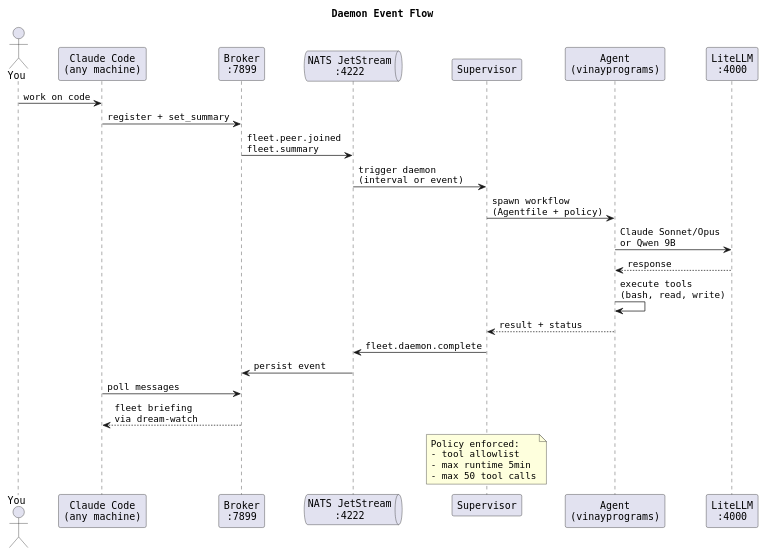
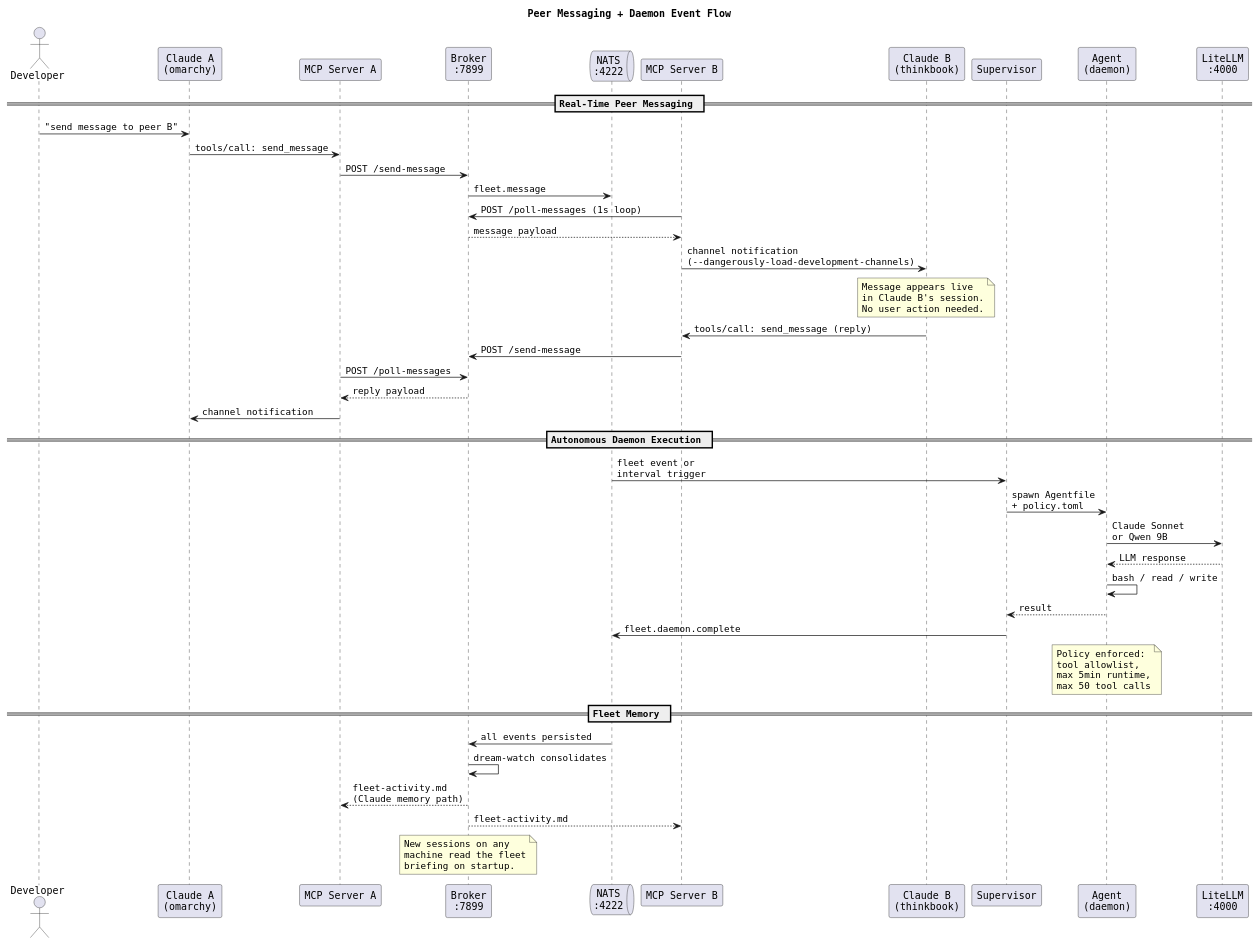
One commit to WillyV3/claude-peers changed the diagram in assets/daemon-flow.puml. Above: the diagram before and after it, drawn with PlantUML. The commit also changed 4 other files, not shown here.

First line of the commit message:
Complete README rewrite + updated diagrams

```diff
--- a/assets/daemon-flow.puml
+++ b/assets/daemon-flow.puml
@@ -1,39 +1,71 @@
 @startuml daemon-flow
 skinparam backgroundColor white
 skinparam defaultFontName monospaced
 skinparam shadowing false
 
-title Daemon Event Flow
+title Peer Messaging + Daemon Event Flow
 
-actor "You" as user
-participant "Claude Code\n(any machine)" as cc
+actor "Developer" as dev
+participant "Claude A\n(omarchy)" as ccA
+participant "MCP Server A" as mcpA
 participant "Broker\n:7899" as broker
-queue "NATS JetStream\n:4222" as nats
+queue "NATS\n:4222" as nats
+participant "MCP Server B" as mcpB
+participant "Claude B\n(thinkbook)" as ccB
 participant "Supervisor" as super
-participant "Agent\n(vinayprograms)" as agent
+participant "Agent\n(daemon)" as agent
 participant "LiteLLM\n:4000" as llm
 
-user -> cc : work on code
-cc -> broker : register + set_summary
-broker -> nats : fleet.peer.joined\nfleet.summary
+== Real-Time Peer Messaging ==
 
-nats -> super : trigger daemon\n(interval or event)
-super -> agent : spawn workflow\n(Agentfile + policy)
-agent -> llm : Claude Sonnet/Opus\nor Qwen 9B
-llm --> agent : response
-agent -> agent : execute tools\n(bash, read, write)
-agent --> super : result + status
+dev -> ccA : "send message to peer B"
+ccA -> mcpA : tools/call: send_message
+mcpA -> broker : POST /send-message
+broker -> nats : fleet.message
 
+mcpB -> broker : POST /poll-messages (1s loop)
+broker --> mcpB : message payload
+mcpB -> ccB : channel notification\n(--dangerously-load-development-channels)
+
+note over ccB
+  Message appears live
+  in Claude B's session.
+  No user action needed.
+end note
+
+ccB -> mcpB : tools/call: send_message (reply)
+mcpB -> broker : POST /send-message
+mcpA -> broker : POST /poll-messages
+broker --> mcpA : reply payload
+mcpA -> ccA : channel notification
+
+== Autonomous Daemon Execution ==
+
+nats -> super : fleet event or\ninterval trigger
+super -> agent : spawn Agentfile\n+ policy.toml
+agent -> llm : Claude Sonnet\nor Qwen 9B
+llm --> agent : LLM response
+agent -> agent : bash / read / write
+agent --> super : result
 super -> nats : fleet.daemon.complete
-nats -> broker : persist event
 
-cc -> broker : poll messages
-broker --> cc : fleet briefing\nvia dream-watch
+note over agent
+  Policy enforced:
+  tool allowlist,
+  max 5min runtime,
+  max 50 tool calls
+end note
 
-note over super
-  Policy enforced:
-  - tool allowlist
-  - max runtime 5min
-  - max 50 tool calls
+== Fleet Memory ==
+
+nats -> broker : all events persisted
+broker -> broker : dream-watch consolidates
+broker --> mcpA : fleet-activity.md\n(Claude memory path)
+broker --> mcpB : fleet-activity.md
+
+note over broker
+  New sessions on any
+  machine read the fleet
+  briefing on startup.
 end note
 @enduml
```
